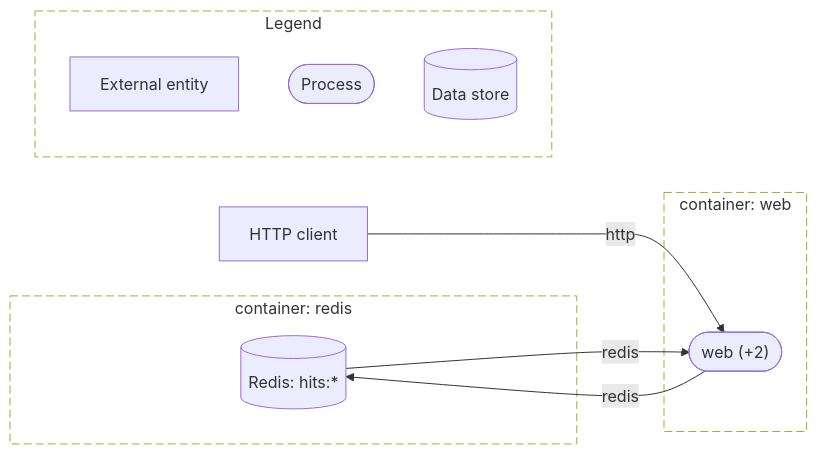
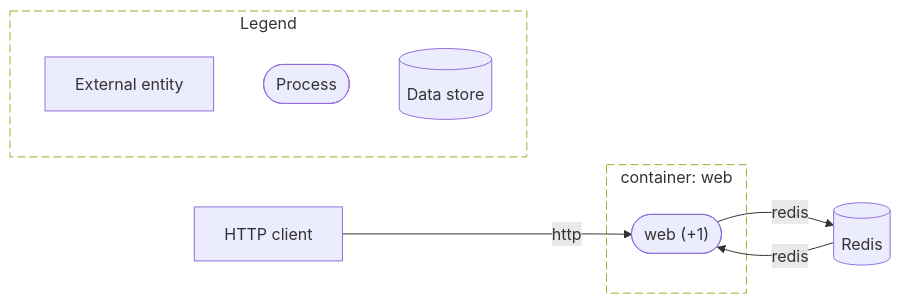
Before and after one commit to AskShri/code2designmapping: the diagram in evaluation/compose-flask-redis/diagrams/dfd-l1.mmd, drawn with Mermaid. The commit also changed 525 other files, not shown here.

First line of the commit message:
code2design v0.5: one fact vocabulary, one routing model, class-aware call graph

```diff
--- a/evaluation/compose-flask-redis/diagrams/dfd-l1.mmd
+++ b/evaluation/compose-flask-redis/diagrams/dfd-l1.mmd
@@ -1,20 +1,17 @@
-%% L1: compose-flask-redis
+%% L1 - compose-flask-redis
 flowchart LR
-  subgraph bnd_raia233rwx["container: redis"]
-    store_t6ktvjrxqq[("Redis: hits:*")]
-  end
   subgraph bnd_u5rsisolmh["container: web"]
-    proc_wfbgbnqk34(["web (+2)"])
+    proc_i2fxwodvr3(["web (+1)"])
   end
   ext_sga4qktkap["HTTP client"]
-  ext_sga4qktkap -->|"http"| proc_wfbgbnqk34
-  proc_wfbgbnqk34 -->|"redis"| store_t6ktvjrxqq
-  store_t6ktvjrxqq -->|"redis"| proc_wfbgbnqk34
-  style bnd_raia233rwx stroke-dasharray: 8 4,fill:none
+  store_uvgsvq5qlm[("Redis")]
+  ext_sga4qktkap -->|"http"| proc_i2fxwodvr3
+  proc_i2fxwodvr3 -->|"redis"| store_uvgsvq5qlm
+  store_uvgsvq5qlm -->|"redis"| proc_i2fxwodvr3
   style bnd_u5rsisolmh stroke-dasharray: 8 4,fill:none
   subgraph legend["Legend"]
     lg_e["External entity"]
     lg_p(["Process"])
     lg_s[("Data store")]
   end
   style legend stroke-dasharray: 8 4,fill:none
```
